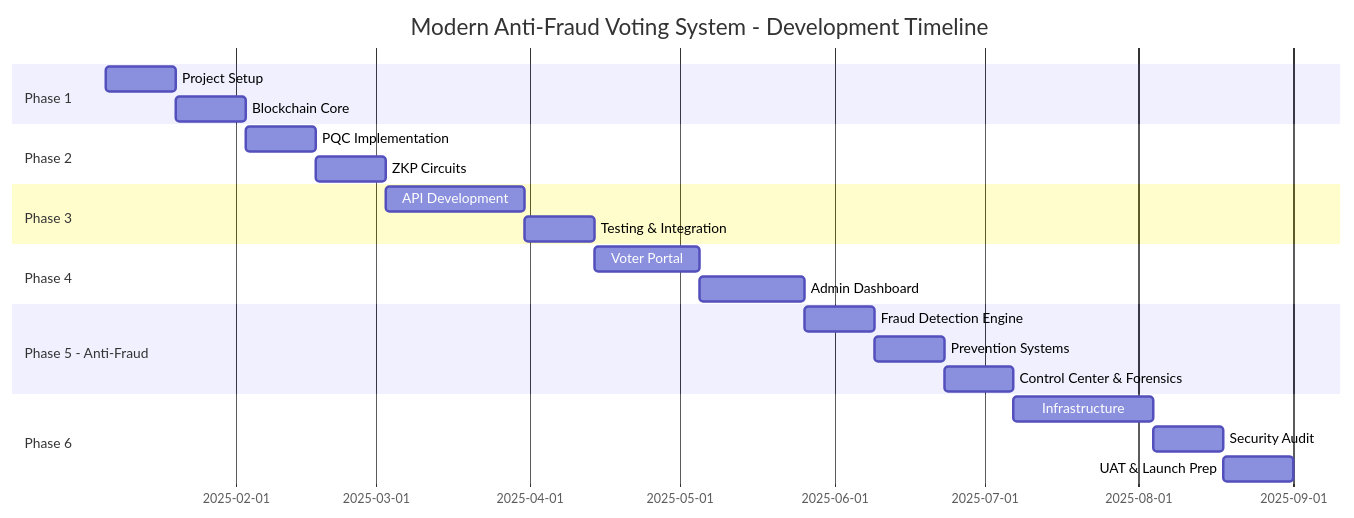
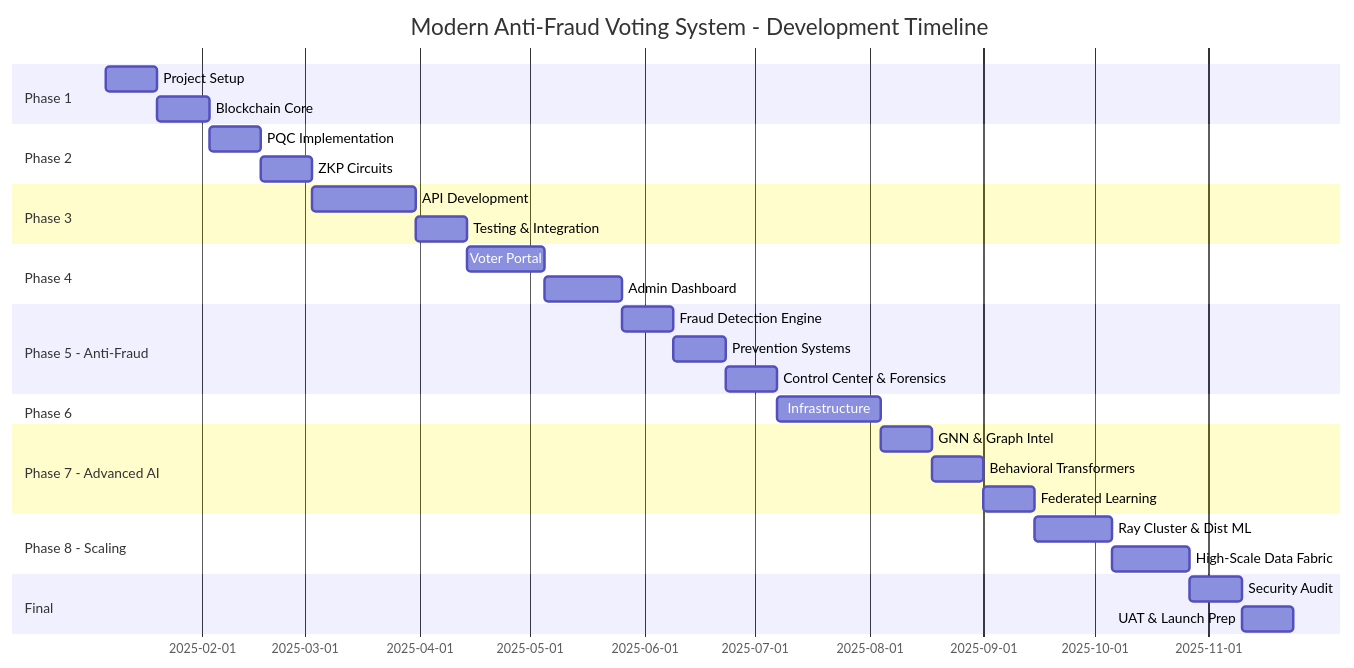
One commit to thanhauco/modern-antifraud-voting-system changed the fourth of 4 diagrams in docs/IMPLEMENTATION_PLAN.md. Above: the diagram before and after it, drawn with Mermaid. The commit also changed other lines of this file, not shown here.

Commit message:
docs: update implementation plan with Phase 9 ML modules

````diff
--- a/docs/IMPLEMENTATION_PLAN.md
+++ b/docs/IMPLEMENTATION_PLAN.md
@@ -762,25 +815,33 @@
 ```mermaid
 gantt
     title Modern Anti-Fraud Voting System - Development Timeline
     dateFormat  YYYY-MM-DD
     section Phase 1
     Project Setup           :2025-01-06, 2w
     Blockchain Core         :2025-01-20, 2w
     section Phase 2
     PQC Implementation      :2025-02-03, 2w
     ZKP Circuits            :2025-02-17, 2w
     section Phase 3
     API Development         :2025-03-03, 4w
     Testing & Integration   :2025-03-31, 2w
     section Phase 4
     Voter Portal            :2025-04-14, 3w
     Admin Dashboard         :2025-05-05, 3w
     section Phase 5 - Anti-Fraud
     Fraud Detection Engine  :2025-05-26, 2w
     Prevention Systems      :2025-06-09, 2w
     Control Center & Forensics :2025-06-23, 2w
     section Phase 6
     Infrastructure          :2025-07-07, 4w
-    Security Audit          :2025-08-04, 2w
-    UAT & Launch Prep       :2025-08-18, 2w
+    section Phase 7 - Advanced AI
+    GNN & Graph Intel       :2025-08-04, 2w
+    Behavioral Transformers :2025-08-18, 2w
+    Federated Learning      :2025-09-01, 2w
+    section Phase 8 - Scaling
+    Ray Cluster & Dist ML   :2025-09-15, 3w
+    High-Scale Data Fabric  :2025-10-06, 3w
+    section Final
+    Security Audit          :2025-10-27, 2w
+    UAT & Launch Prep       :2025-11-10, 2w
 ```
````
